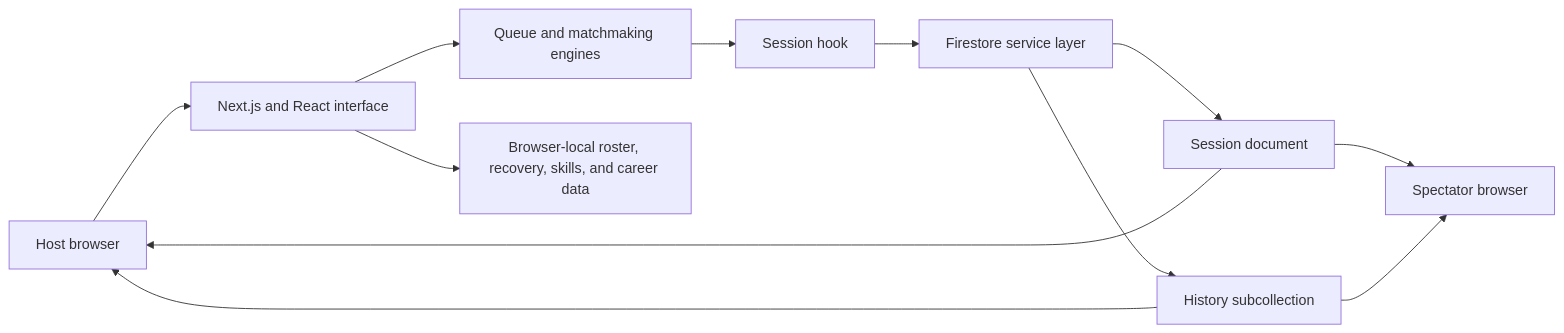
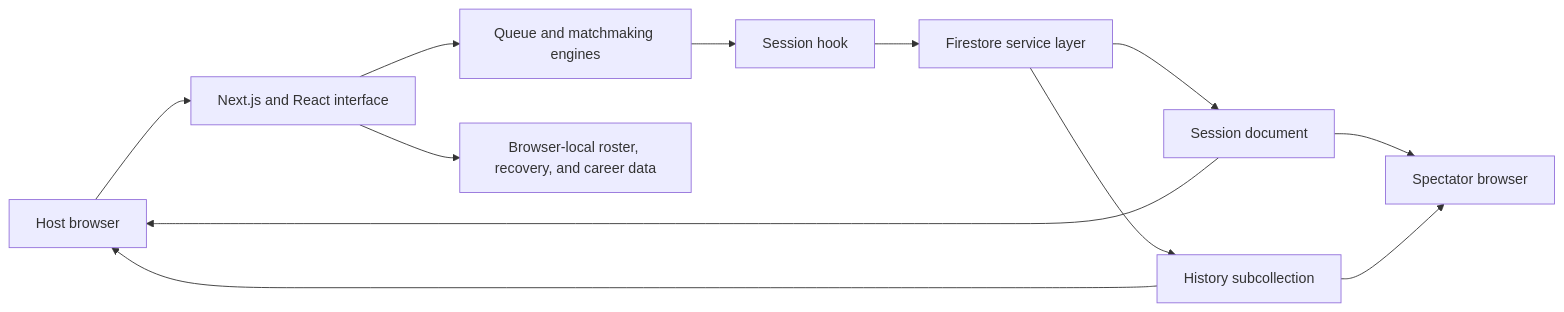
One commit to Sceyo/PadQ changed the diagram in README.md. Above: the diagram before and after it, drawn with Mermaid. The commit also changed other lines of this file and 26 other files, not shown here.

````diff
--- a/README.md
+++ b/README.md
@@ -116,14 +116,14 @@
 ```mermaid
 flowchart LR
     Host["Host browser"] --> UI["Next.js and React interface"]
     UI --> Engines["Queue and matchmaking engines"]
     Engines --> Hook["Session hook"]
     Hook --> Service["Firestore service layer"]
     Service --> Session["Session document"]
     Service --> History["History subcollection"]
     Session --> Host
     Session --> Viewer["Spectator browser"]
     History --> Host
     History --> Viewer
-    UI --> Storage["Browser-local roster, recovery, skills, and career data"]
+    UI --> Storage["Browser-local roster, recovery, and career data"]
 ```
````
